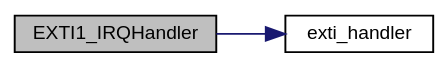
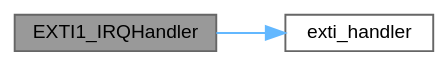
The diagram in f4xx_2exti__handlers_8c_a49cfdd46eb8d0ef3e1987514aa9343dc_cgraph.dot (ebs-universe/piolib-hal-uc-stm32), drawn with Graphviz before and after one commit. The commit also changed 1546 other files, not shown here.

```diff
--- a/f4xx_2exti__handlers_8c_a49cfdd46eb8d0ef3e1987514aa9343dc_cgraph.dot
+++ b/f4xx_2exti__handlers_8c_a49cfdd46eb8d0ef3e1987514aa9343dc_cgraph.dot
@@ -1,12 +1,12 @@
 digraph "EXTI1_IRQHandler"
 {
  // INTERACTIVE_SVG=YES
  // LATEX_PDF_SIZE
   bgcolor="transparent";
-  edge [fontname="Helvetica",fontsize="10",labelfontname="Helvetica",labelfontsize="10"];
-  node [fontname="Helvetica",fontsize="10",shape=record];
+  edge [fontname=Helvetica,fontsize=10,labelfontname=Helvetica,labelfontsize=10];
+  node [fontname=Helvetica,fontsize=10,shape=box,height=0.2,width=0.4];
   rankdir="LR";
-  Node1 [label="EXTI1_IRQHandler",height=0.2,width=0.4,color="black", fillcolor="grey75", style="filled", fontcolor="black",tooltip="This function handles EXTI line1 interrupt."];
-  Node1 -> Node2 [color="midnightblue",fontsize="10",style="solid",fontname="Helvetica"];
-  Node2 [label="exti_handler",height=0.2,width=0.4,color="black",URL="$f4xx_2exti__handlers_8c.html#ace4802f0dcdcb019f1528b7e018fb5dd",tooltip=" "];
+  Node1 [id="Node000001",label="EXTI1_IRQHandler",height=0.2,width=0.4,color="gray40", fillcolor="grey60", style="filled", fontcolor="black",tooltip="This function handles EXTI line1 interrupt."];
+  Node1 -> Node2 [id="edge1_Node000001_Node000002",color="steelblue1",style="solid",tooltip=" "];
+  Node2 [id="Node000002",label="exti_handler",height=0.2,width=0.4,color="grey40", fillcolor="white", style="filled",URL="$f4xx_2exti__handlers_8c.html#ace4802f0dcdcb019f1528b7e018fb5dd",tooltip=" "];
 }
```
